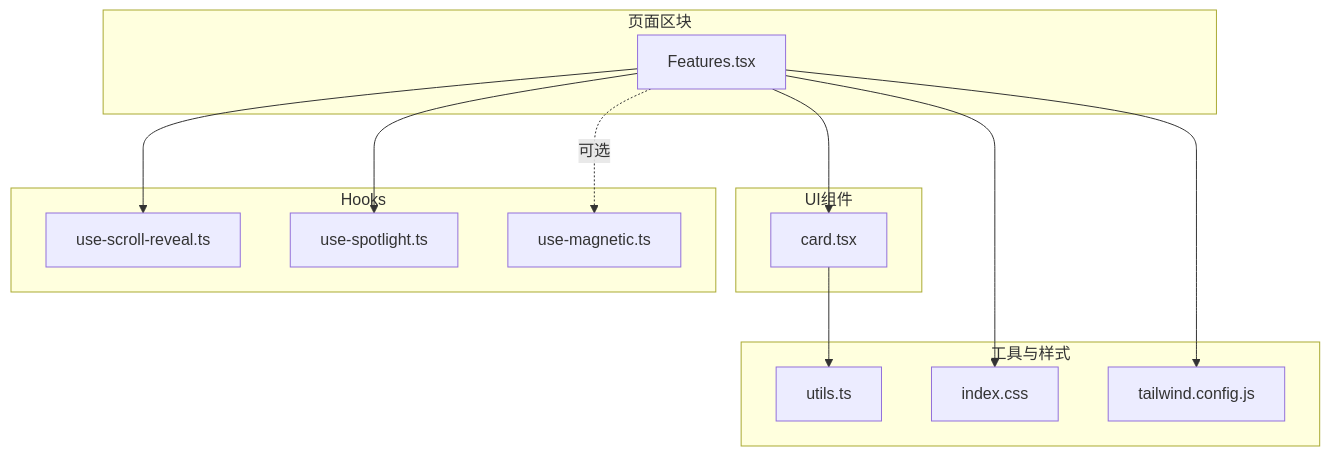
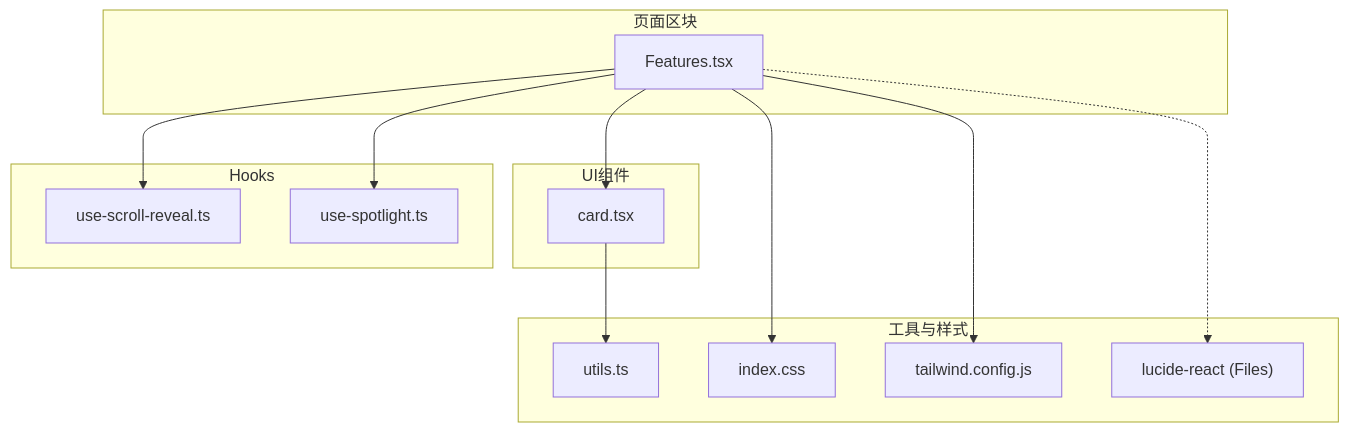
One commit to Primoguo/naolizhi.cn changed the first of 4 diagrams in .qoder/repowiki/zh/content/架构设计/组件架构/页面组件/Features组件.md. Above: the diagram before and after it, drawn with Mermaid. The commit also changed other lines of this file and 23 other files, not shown here.

````diff
--- a/.qoder/repowiki/zh/content/架构设计/组件架构/页面组件/Features组件.md
+++ b/.qoder/repowiki/zh/content/架构设计/组件架构/页面组件/Features组件.md
@@ -40,26 +39,26 @@
 ```mermaid
 graph TB
 subgraph "页面区块"
 F["Features.tsx"]
 end
 subgraph "UI组件"
 C["card.tsx"]
 end
 subgraph "Hooks"
 SR["use-scroll-reveal.ts"]
 SP["use-spotlight.ts"]
-MG["use-magnetic.ts"]
 end
 subgraph "工具与样式"
 U["utils.ts"]
 CSS["index.css"]
 TW["tailwind.config.js"]
+LUCIDE["lucide-react (Files)"]
 end
 F --> C
 F --> SR
 F --> SP
-F -.可选.-> MG
+F -.-> LUCIDE
 C --> U
 F --> CSS
 F --> TW
 ```
````
